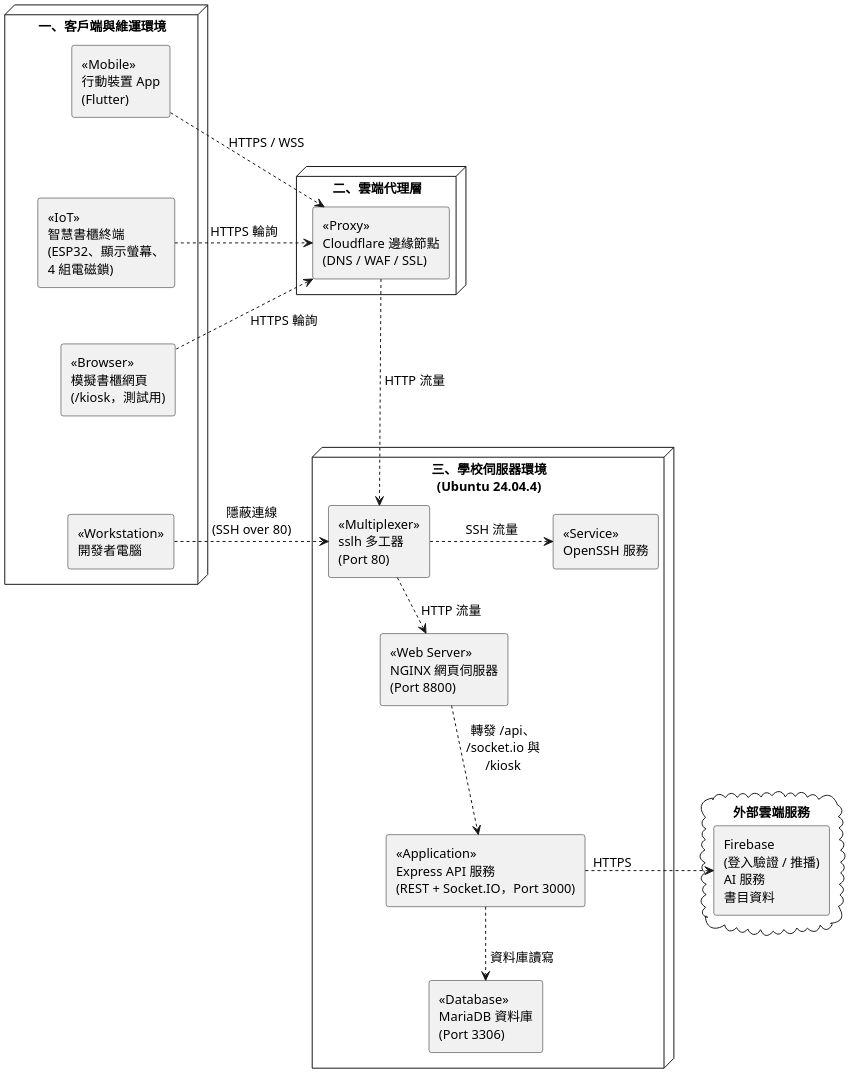
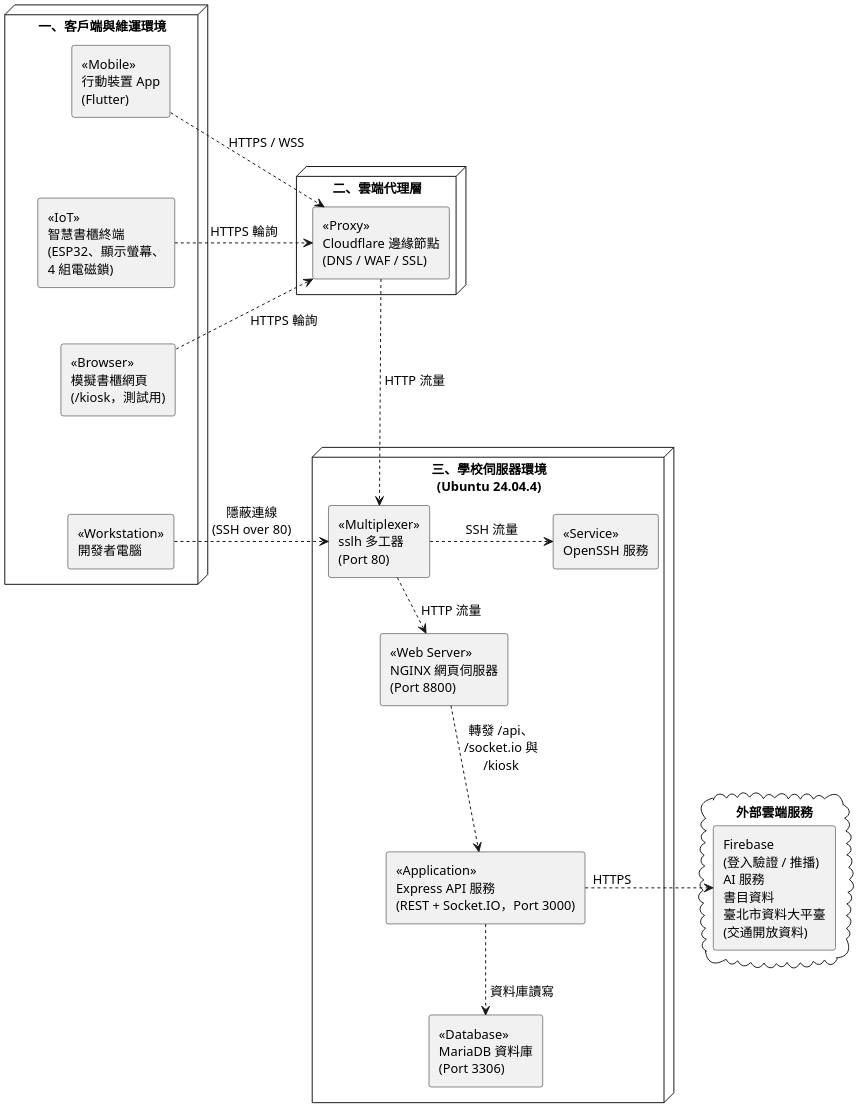
Before and after one commit to SaveMyBook/SaveMyBook: the diagram in documents/系統手冊/產生工具/cabdiag/arch/deployment.puml, drawn with PlantUML. The commit also changed 47 other files, not shown here.

```diff
--- a/documents/系統手冊/產生工具/cabdiag/arch/deployment.puml
+++ b/documents/系統手冊/產生工具/cabdiag/arch/deployment.puml
@@ -1,48 +1,48 @@
 @startuml
 skinparam monochrome true
 skinparam shadowing false
 skinparam dpi 220
 skinparam defaultFontName "PingFang TC"
 skinparam defaultFontSize 13
 skinparam componentStyle rectangle
 skinparam nodesep 70
 skinparam ranksep 30
 
 node "一、客戶端與維運環境" {
   component "<<Mobile>>\n行動裝置 App\n(Flutter)" as app
   component "<<IoT>>\n智慧書櫃終端\n(ESP32、顯示螢幕、\n4 組電磁鎖)" as iot
   component "<<Browser>>\n模擬書櫃網頁\n(/kiosk，測試用)" as kiosk
   component "<<Workstation>>\n開發者電腦" as dev
 }
 
 node "二、雲端代理層" {
   component "<<Proxy>>\nCloudflare 邊緣節點\n(DNS / WAF / SSL)" as cf
 }
 
 node "三、學校伺服器環境\n(Ubuntu 24.04.4)" {
   component "<<Multiplexer>>\nsslh 多工器\n(Port 80)" as sslh
   component "<<Service>>\nOpenSSH 服務" as ssh
   component "<<Web Server>>\nNGINX 網頁伺服器\n(Port 8800)" as nginx
   component "<<Application>>\nExpress API 服務\n(REST + Socket.IO，Port 3000)" as api
   component "<<Database>>\nMariaDB 資料庫\n(Port 3306)" as db
 }
 
 cloud "外部雲端服務" as ext {
-  component "Firebase\n(登入驗證 / 推播)\nAI 服務\n書目資料" as fb
+  component "Firebase\n(登入驗證 / 推播)\nAI 服務\n書目資料\n臺北市資料大平臺\n(交通開放資料)" as fb
 }
 
 app -[hidden]down- iot
 iot -[hidden]down- kiosk
 kiosk -[hidden]down- dev
 
 app .down.> cf : HTTPS / WSS
 iot .right.> cf : HTTPS 輪詢
 kiosk .up.> cf : HTTPS 輪詢
 dev .right.> sslh : 隱蔽連線\n(SSH over 80)
 cf .down.> sslh : <U+00A0>HTTP 流量
 sslh .right.> ssh : SSH 流量
 sslh .down.> nginx : <U+00A0>HTTP 流量
 nginx .down.> api : 轉發 /api、\n/socket.io 與\n/kiosk
 api .down.> db : <U+00A0>資料庫讀寫
 api "HTTPS" .right.> fb
 @enduml
```
